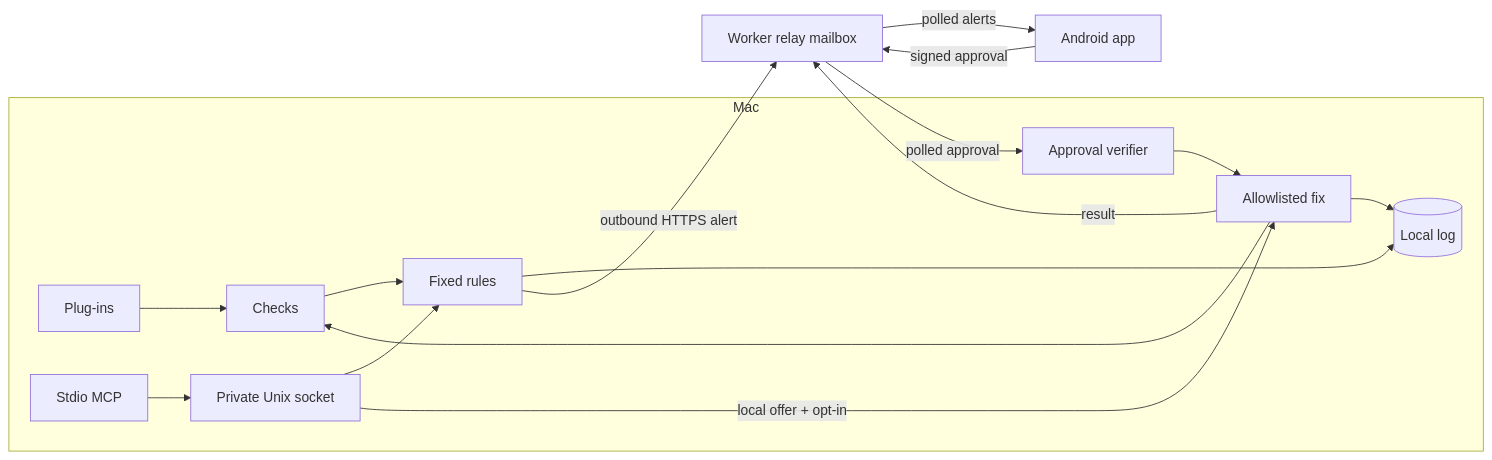
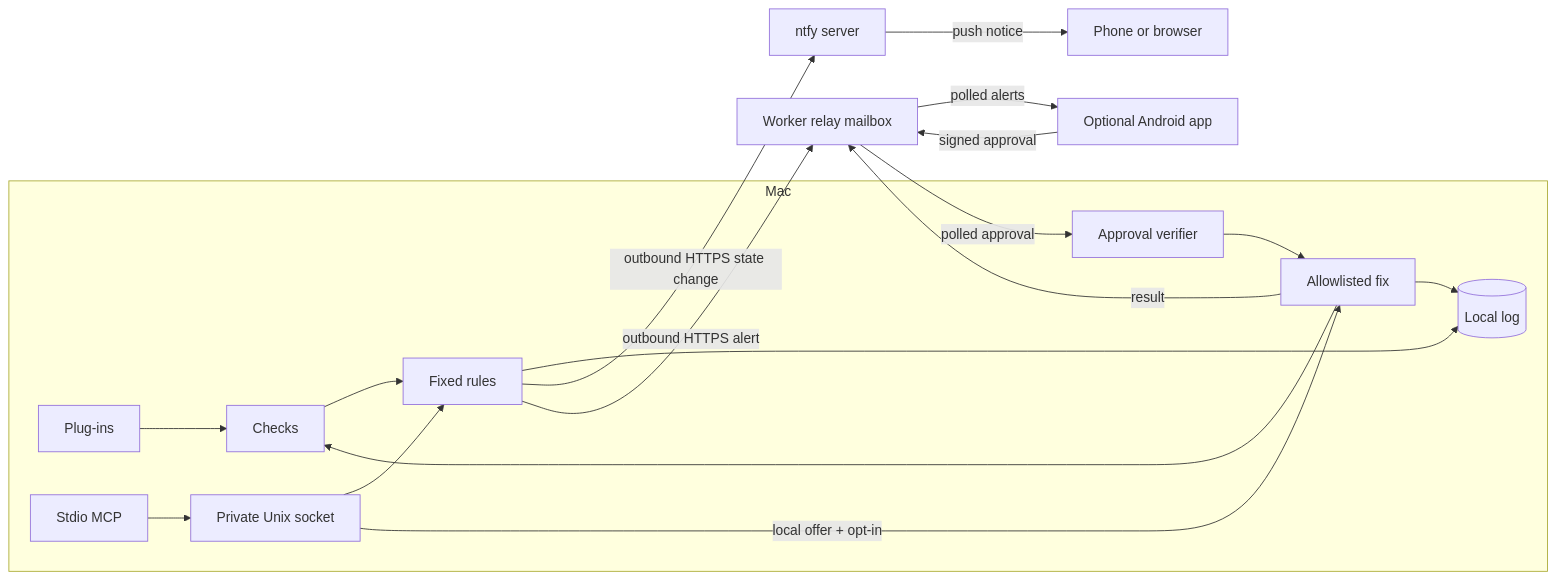
Before and after one commit to ZeroCool0388/daemon-doctor: the diagram in README.md, drawn with Mermaid. The commit also changed other lines of this file and 12 other files, not shown here.

Commit message:
Add optional ntfy phone alerts and ntfy-setup command (#15)

````diff
--- a/README.md
+++ b/README.md
@@ -117,21 +129,25 @@
 ```mermaid
 flowchart LR
   subgraph Mac[Mac]
     P[Plug-ins] --> C[Checks]
     C --> R[Fixed rules]
     R --> L[(Local log)]
     V[Approval verifier] --> F[Allowlisted fix]
     M[Stdio MCP] --> U[Private Unix socket]
     U --> R
     U -- local offer + opt-in --> F
     F --> C
     F --> L
   end
   W[Worker relay mailbox]
-  Ph[Android app]
+  Ph[Optional Android app]
+  N[ntfy server]
+  Phone[Phone or browser]
+  R -- outbound HTTPS state change --> N
+  N -- push notice --> Phone
   R -- outbound HTTPS alert --> W
   Ph -- signed approval --> W
   W -- polled approval --> V
   F -- result --> W
   W -- polled alerts --> Ph
 ```
````
